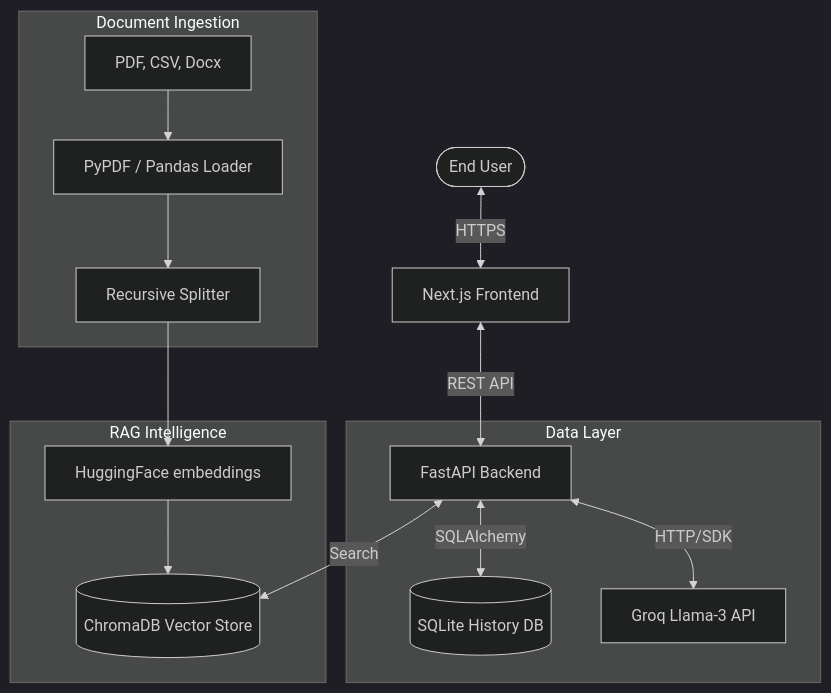
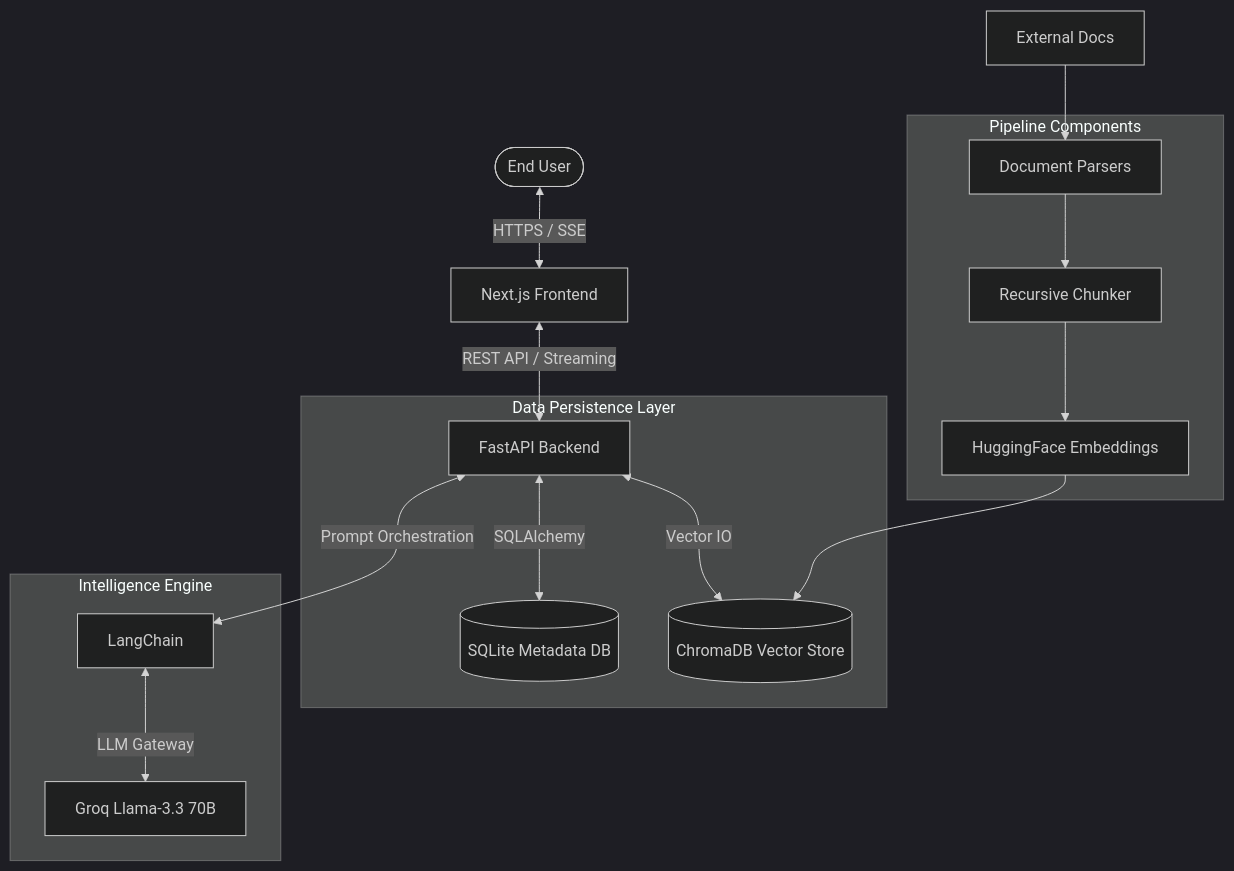
Before and after one commit to Anshul-ydv/SDLC_Copilot_For_Project_updates: the diagram in README.md, drawn with Mermaid (dark theme). The commit also changed other lines of this file, not shown here.

````diff
--- a/README.md
+++ b/README.md
@@ -11,21 +21,23 @@
 ```mermaid
 graph TD
-    User([End User]) <-->|HTTPS| UI[Next.js Frontend]
-    UI <-->|REST API| API[FastAPI Backend]
+    User([End User]) <-->|HTTPS / SSE| UI[Next.js Frontend]
+    UI <-->|REST API / Streaming| API[FastAPI Backend]
     
-    subgraph Data Layer
-        API <-->|SQLAlchemy| SQLite[(SQLite History DB)]
-        API <-->|HTTP/SDK| Groq[Groq Llama-3 API]
+    subgraph Data Persistence Layer
+        API <-->|SQLAlchemy| SQLite[(SQLite Metadata DB)]
+        API <-->|Vector IO| Chroma[(ChromaDB Vector Store)]
     end
 
-    subgraph RAG Intelligence
-        API <-->|Search| Chroma[(ChromaDB Vector Store)]
-        Embed[HuggingFace embeddings] --> Chroma
+    subgraph Intelligence Engine
+        API <-->|Prompt Orchestration| LC[LangChain]
+        LC <-->|LLM Gateway| Groq[Groq Llama-3.3 70B]
     end
 
-    subgraph Document Ingestion
-        Docs[PDF, CSV, Docx] --> Parser[PyPDF / Pandas Loader]
-        Parser --> Chunker[Recursive Splitter]
+    subgraph Pipeline Components
+        Embed[HuggingFace Embeddings] --> Chroma
+        Parser[Document Parsers] --> Chunker[Recursive Chunker]
         Chunker --> Embed
     end
+    
+    Docs[External Docs] --> Parser
 ```
````
